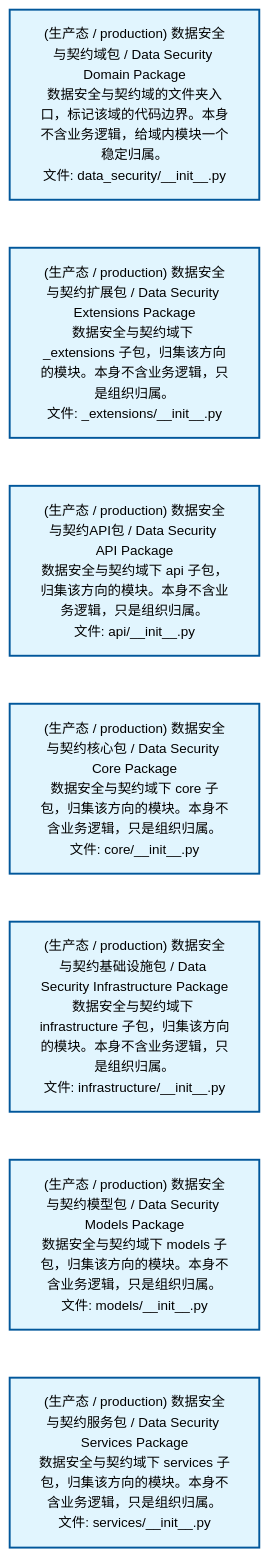
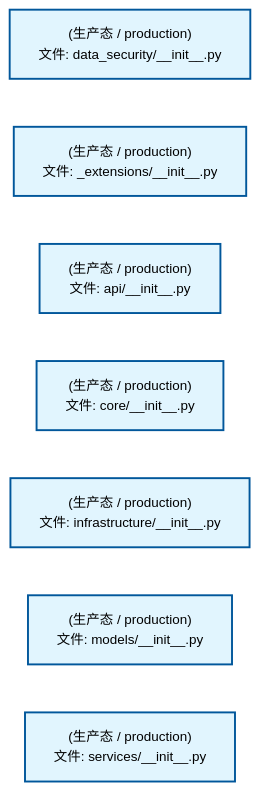
Before and after one commit to xuanFelixVan/ZephyrAlpha: the first of 3 diagrams in docs/02_enterprise_architecture/02_domain_architecture_docs/14_d_data_sec.md, drawn with Mermaid. The commit also changed other lines of this file and 75 other files, not shown here.

````diff
--- a/docs/02_enterprise_architecture/02_domain_architecture_docs/14_d_data_sec.md
+++ b/docs/02_enterprise_architecture/02_domain_architecture_docs/14_d_data_sec.md
@@ -53,22 +53,22 @@
 ```mermaid
 %%{init: {'theme': 'base', 'themeVariables': {'primaryColor': '#eaeaea', 'primaryTextColor': '#333333', 'primaryBorderColor': '#666666', 'lineColor': '#666666', 'secondaryColor': '#eaeaea', 'tertiaryColor': '#eaeaea', 'fontSize': '14px'}}}%%
 flowchart TD
-    src_zephyr_data_security_init_py["(生产态 / production) 数据安全与契约域包 / Data Security Domain Package<br/>数据安全与契约域的文件夹入口，标记该域的代码边界。本身不含业务逻辑，给域内模块一个稳定归属。<br/>文件: data_security/__init__.py"]
-    src_zephyr_data_security_extensions_init_py["(生产态 / production) 数据安全与契约扩展包 / Data Security Extensions Package<br/>数据安全与契约域下 _extensions 子包，归集该方向的模块。本身不含业务逻辑，只是组织归属。<br/>文件: _extensions/__init__.py"]
-    src_zephyr_data_security_api_init_py["(生产态 / production) 数据安全与契约API包 / Data Security API Package<br/>数据安全与契约域下 api 子包，归集该方向的模块。本身不含业务逻辑，只是组织归属。<br/>文件: api/__init__.py"]
-    src_zephyr_data_security_core_init_py["(生产态 / production) 数据安全与契约核心包 / Data Security Core Package<br/>数据安全与契约域下 core 子包，归集该方向的模块。本身不含业务逻辑，只是组织归属。<br/>文件: core/__init__.py"]
-    src_zephyr_data_security_infrastructure_init_py["(生产态 / production) 数据安全与契约基础设施包 / Data Security Infrastructure Package<br/>数据安全与契约域下 infrastructure 子包，归集该方向的模块。本身不含业务逻辑，只是组织归属。<br/>文件: infrastructure/__init__.py"]
-    src_zephyr_data_security_models_init_py["(生产态 / production) 数据安全与契约模型包 / Data Security Models Package<br/>数据安全与契约域下 models 子包，归集该方向的模块。本身不含业务逻辑，只是组织归属。<br/>文件: models/__init__.py"]
-    src_zephyr_data_security_services_init_py["(生产态 / production) 数据安全与契约服务包 / Data Security Services Package<br/>数据安全与契约域下 services 子包，归集该方向的模块。本身不含业务逻辑，只是组织归属。<br/>文件: services/__init__.py"]
+    src_zephyr_data_security_init_py["(生产态 / production)<br/>文件: data_security/__init__.py"]
+    src_zephyr_data_security_extensions_init_py["(生产态 / production)<br/>文件: _extensions/__init__.py"]
+    src_zephyr_data_security_api_init_py["(生产态 / production)<br/>文件: api/__init__.py"]
+    src_zephyr_data_security_core_init_py["(生产态 / production)<br/>文件: core/__init__.py"]
+    src_zephyr_data_security_infrastructure_init_py["(生产态 / production)<br/>文件: infrastructure/__init__.py"]
+    src_zephyr_data_security_models_init_py["(生产态 / production)<br/>文件: models/__init__.py"]
+    src_zephyr_data_security_services_init_py["(生产态 / production)<br/>文件: services/__init__.py"]
     src_zephyr_data_security_init_py ~~~ src_zephyr_data_security_extensions_init_py
     src_zephyr_data_security_extensions_init_py ~~~ src_zephyr_data_security_api_init_py
     src_zephyr_data_security_api_init_py ~~~ src_zephyr_data_security_core_init_py
     src_zephyr_data_security_core_init_py ~~~ src_zephyr_data_security_infrastructure_init_py
     src_zephyr_data_security_infrastructure_init_py ~~~ src_zephyr_data_security_models_init_py
     src_zephyr_data_security_models_init_py ~~~ src_zephyr_data_security_services_init_py
     classDef production fill:#e1f5fe,stroke:#01579b,stroke-width:2px,color:#000
     classDef design fill:#fff3e0,stroke:#e65100,stroke-width:2px,color:#000,stroke-dasharray: 5 5
     classDef external_prod fill:#e8f4fd,stroke:#0277bd,stroke-width:1px,color:#000
     classDef external_design fill:#fff8e7,stroke:#ef6c00,stroke-width:1px,color:#000,stroke-dasharray: 5 5
     class src_zephyr_data_security_init_py,src_zephyr_data_security_extensions_init_py,src_zephyr_data_security_api_init_py,src_zephyr_data_security_core_init_py,src_zephyr_data_security_infrastructure_init_py,src_zephyr_data_security_models_init_py,src_zephyr_data_security_services_init_py production
 ```
````
